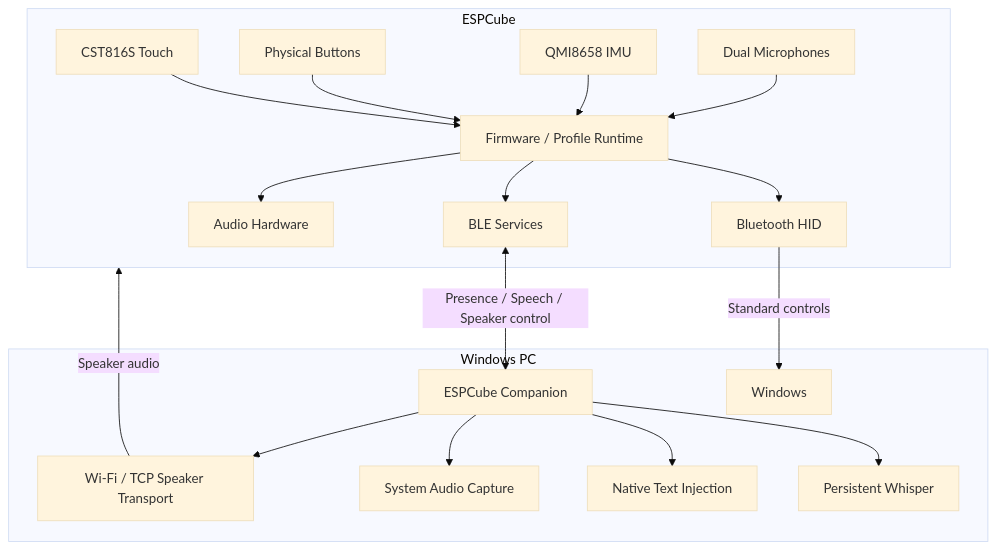
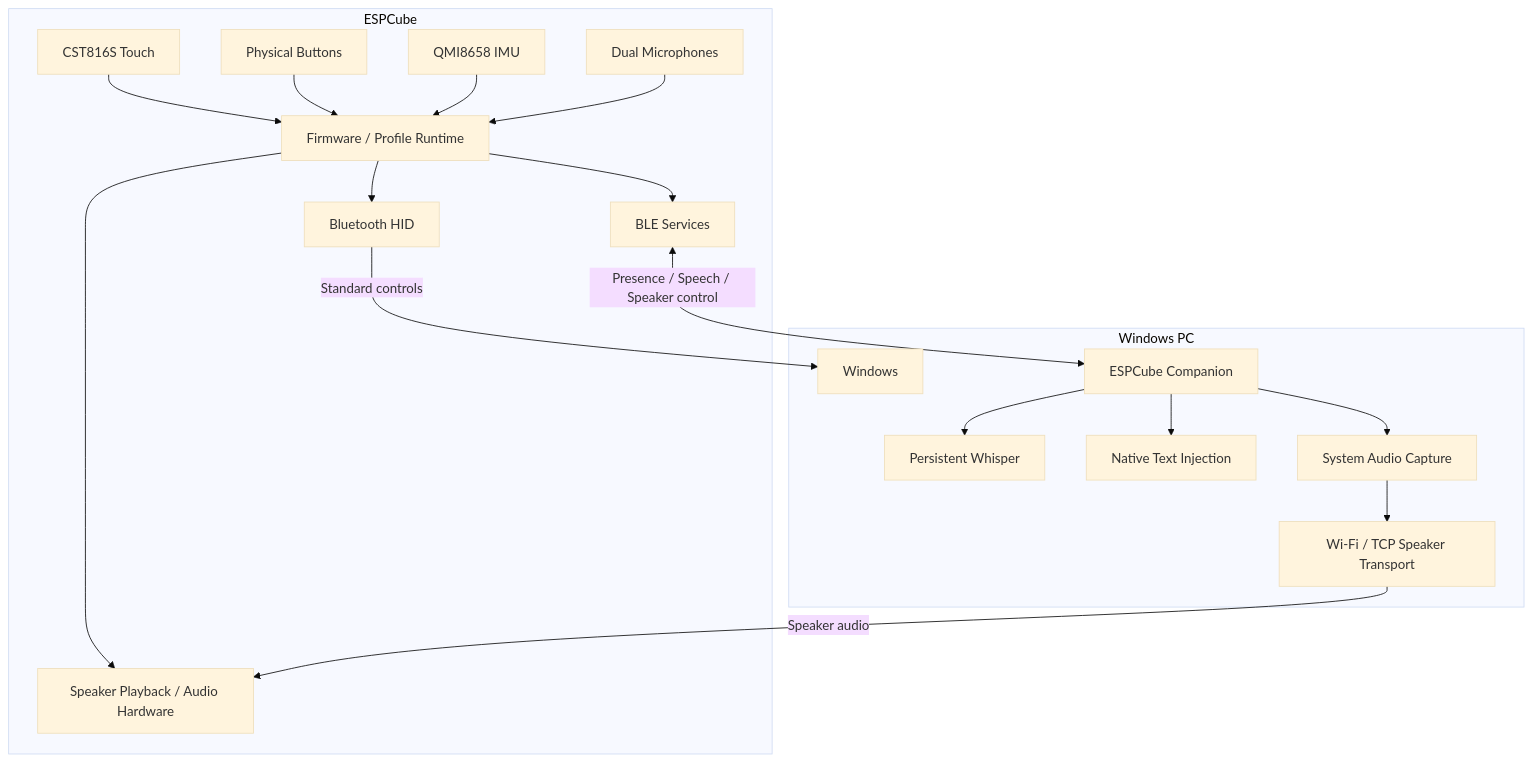
One commit to hasan-bukhari-dev/ESPCube changed the third of 5 diagrams in README.md. Above: the diagram before and after it, drawn with Mermaid (base theme).

````diff
--- a/README.md
+++ b/README.md
@@ -211,39 +211,41 @@
 ```mermaid
 flowchart TB
     subgraph CUBE["ESPCube"]
         TOUCH["CST816S Touch"]
         BUTTONS["Physical Buttons"]
         IMU["QMI8658 IMU"]
         MICS["Dual Microphones"]
+
         FW["Firmware / Profile Runtime"]
         HID["Bluetooth HID"]
         BLE["BLE Services"]
-        AUDIO["Audio Hardware"]
+        AUDIO["Speaker Playback / Audio Hardware"]
 
         TOUCH --> FW
         BUTTONS --> FW
         IMU --> FW
         MICS --> FW
+
         FW --> HID
         FW --> BLE
         FW --> AUDIO
     end
 
     subgraph PC["Windows PC"]
         WINDOWS["Windows"]
         COMP["ESPCube Companion"]
         WHISPER["Persistent Whisper"]
         INPUT["Native Text Injection"]
         CAPTURE["System Audio Capture"]
         WIFI["Wi-Fi / TCP Speaker Transport"]
 
         COMP --> WHISPER
         COMP --> INPUT
         COMP --> CAPTURE
-        COMP --> WIFI
+        CAPTURE --> WIFI
     end
 
-    HID -->|Standard controls| WINDOWS
-    BLE <-->|Presence / Speech / Speaker control| COMP
-    WIFI -->|Speaker audio| CUBE
+    HID -->|"Standard controls"| WINDOWS
+    BLE <-->|"Presence / Speech / Speaker control"| COMP
+    WIFI -->|"Speaker audio"| AUDIO
 ```
````
